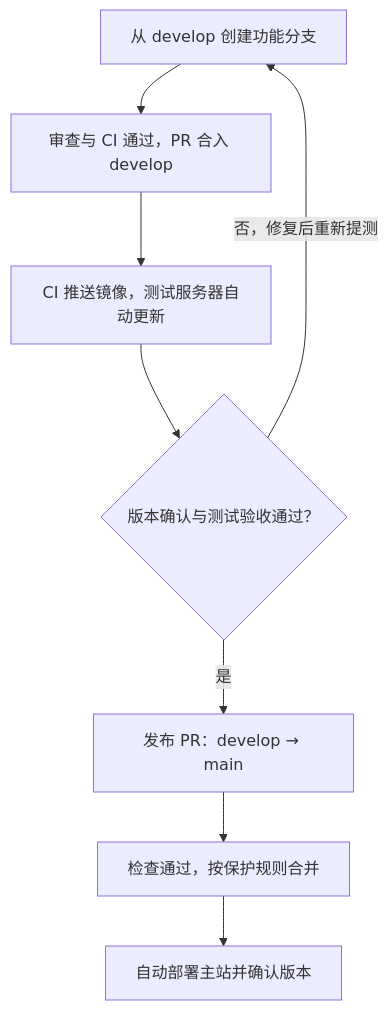
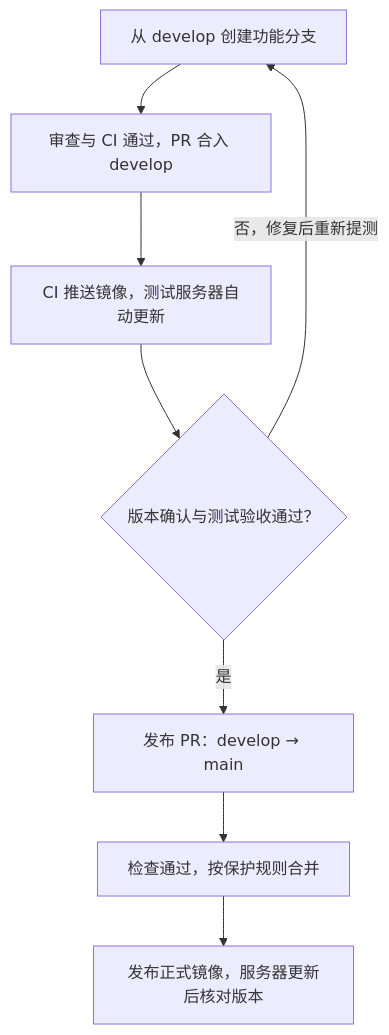
Before and after one commit to modelsphere/modelsphere-website: the diagram in CONTRIBUTING.md, drawn with Mermaid. The commit also changed other lines of this file and 8 other files, not shown here.

````diff
--- a/CONTRIBUTING.md
+++ b/CONTRIBUTING.md
@@ -5,10 +5,10 @@
 ```mermaid
 flowchart TD
   A["从 develop 创建功能分支"] --> B["审查与 CI 通过，PR 合入 develop"]
   B --> C["CI 推送镜像，测试服务器自动更新"]
   C --> D{"版本确认与测试验收通过？"}
   D -->|否，修复后重新提测| A
   D -->|是| E["发布 PR：develop → main"]
   E --> F["检查通过，按保护规则合并"]
-  F --> G["自动部署主站并确认版本"]
+  F --> G["发布正式镜像，服务器更新后核对版本"]
 ```
````
